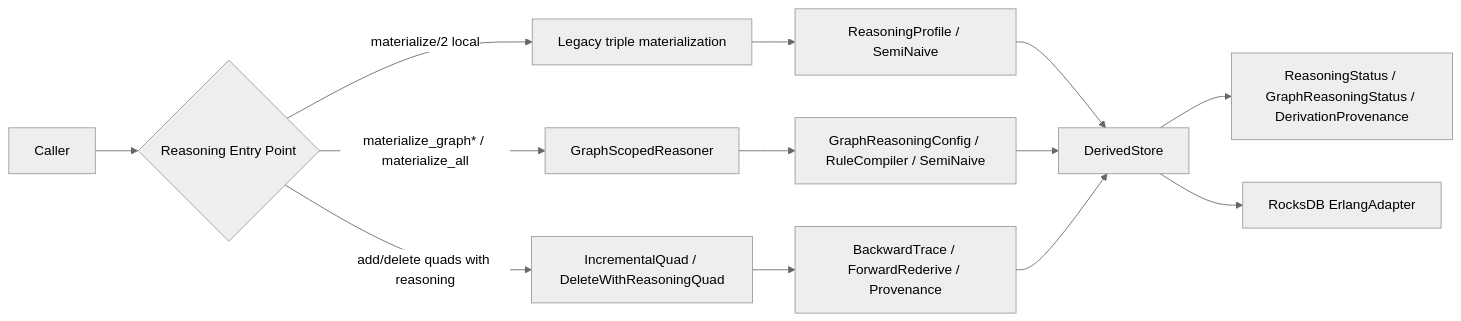
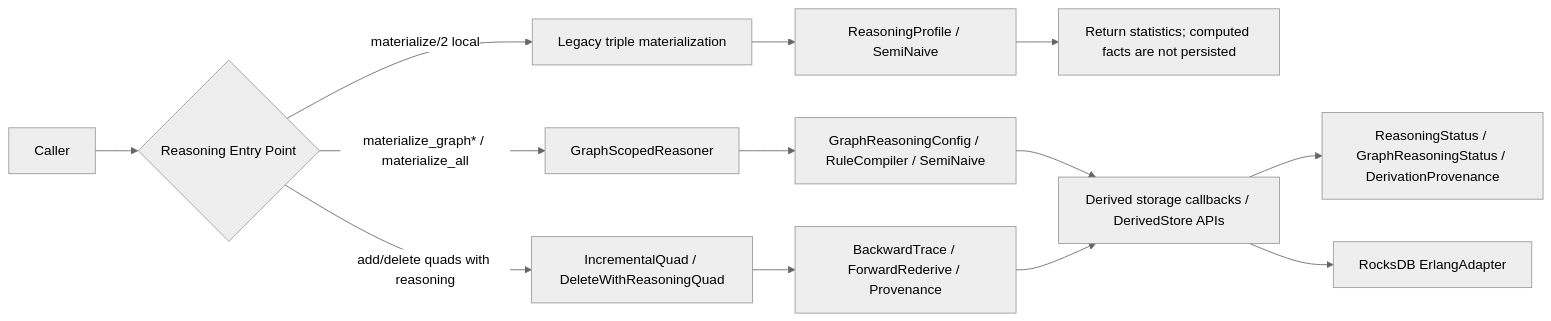
The fourth of 4 diagrams in specs/topology.md (pcharbon70/triple_store), drawn with Mermaid (neutral theme) before and after one commit. The commit also changed other lines of this file and 13 other files, not shown here.

````diff
--- a/specs/topology.md
+++ b/specs/topology.md
@@ -134,17 +134,17 @@
 ```mermaid
 flowchart LR
   A["Caller"] --> B{"Reasoning Entry Point"}
   B -->|materialize/2 local| C["Legacy triple materialization"]
   B -->|materialize_graph* / materialize_all| D["GraphScopedReasoner"]
   B -->|add/delete quads with reasoning| E["IncrementalQuad / DeleteWithReasoningQuad"]
 
   C --> F["ReasoningProfile / SemiNaive"]
   D --> G["GraphReasoningConfig / RuleCompiler / SemiNaive"]
   E --> H["BackwardTrace / ForwardRederive / Provenance"]
 
-  F --> I["DerivedStore"]
-  G --> I
+  F --> L["Return statistics; computed facts are not persisted"]
+  G --> I["Derived storage callbacks / DerivedStore APIs"]
   H --> I
   I --> J["ReasoningStatus / GraphReasoningStatus / DerivationProvenance"]
   I --> K["RocksDB ErlangAdapter"]
 ```
````
